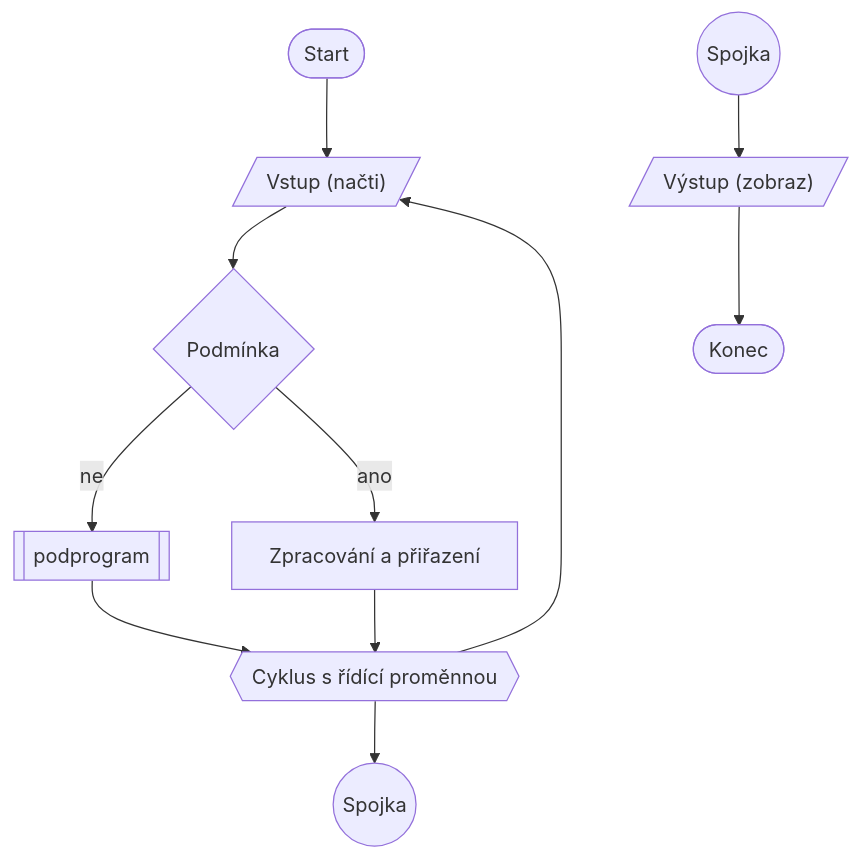
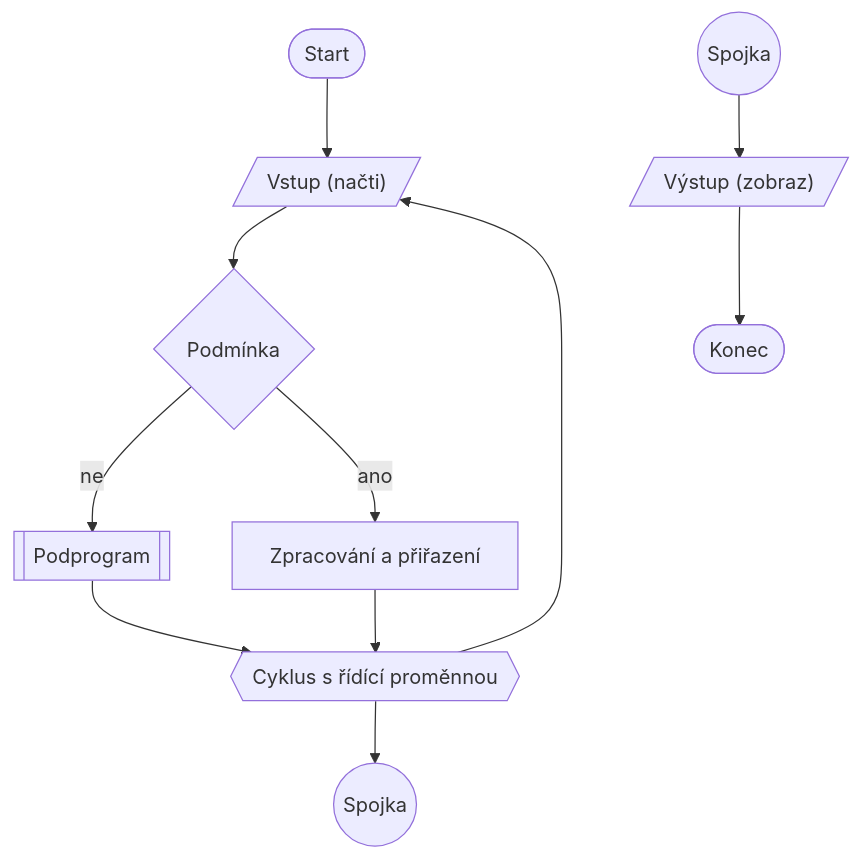
One commit to AlonellyFox/mat_otazky_2022_IT changed the diagram in Společné/7 Algoritmizace.md. Above: the diagram before and after it, drawn with Mermaid. The commit also changed 4 other files, not shown here.

````diff
--- a/Společné/7 Algoritmizace.md
+++ b/Společné/7 Algoritmizace.md
@@ -53,15 +53,15 @@
 ```mermaid
 flowchart TB
     start([Start]) --> vstup[/"Vstup (načti)"/]
-    vstup --> podminka{Podmínka}
-    podminka -- ne --> podprogram[[podprogram]]
+    vstup --> podminka{"Podmínka"}
+    podminka -- ne --> podprogram[["Podprogram"]]
     podminka -- ano --> prirazeni["Zpracování a přiřazení"]
     podprogram --> cyklus{{"Cyklus s řídící proměnnou"}}
     prirazeni --> cyklus
     cyklus --> vstup
-    cyklus --> spojka1((Spojka))
+    cyklus --> spojka1(("Spojka"))
 
     spojka2((Spojka))
     spojka2 --> vystup[/"Výstup (zobraz)"/]
-    vystup --> konec([Konec])
+    vystup --> konec(["Konec"])
 ```
````
